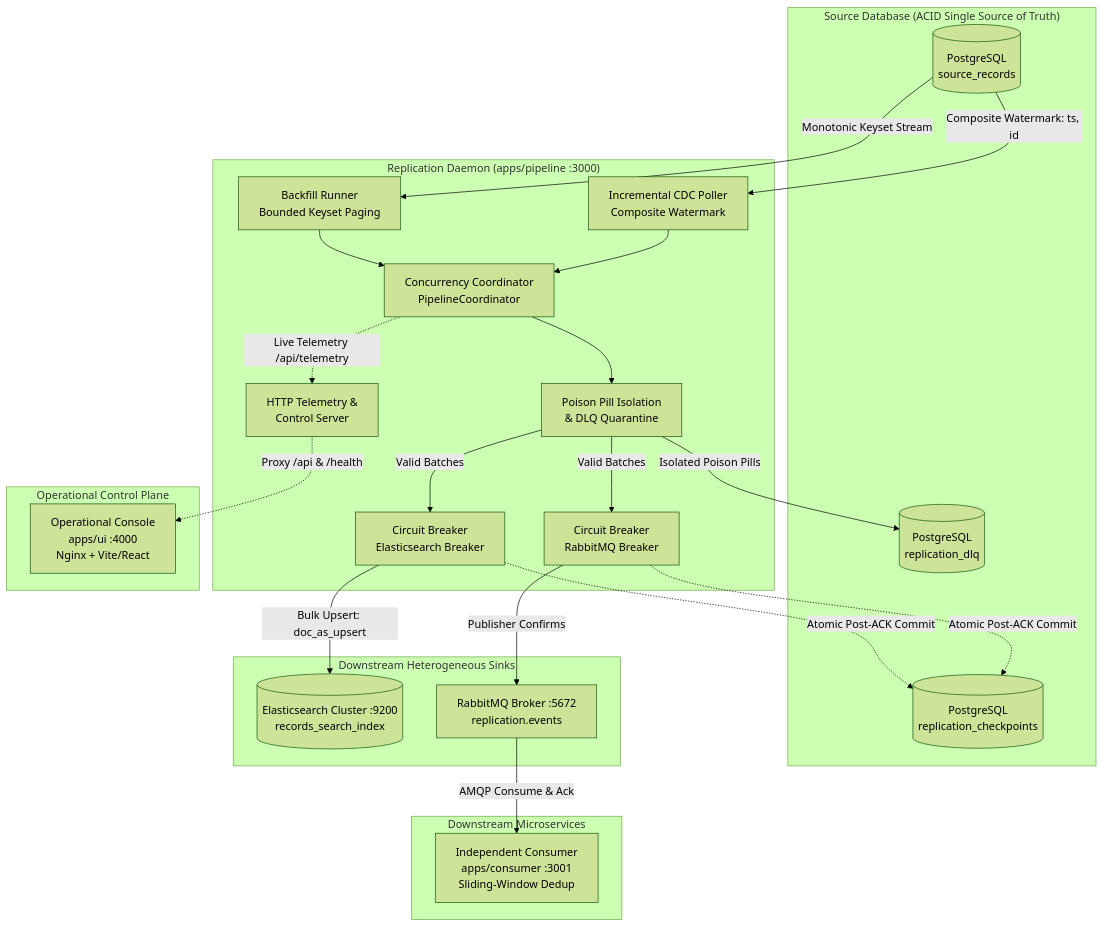
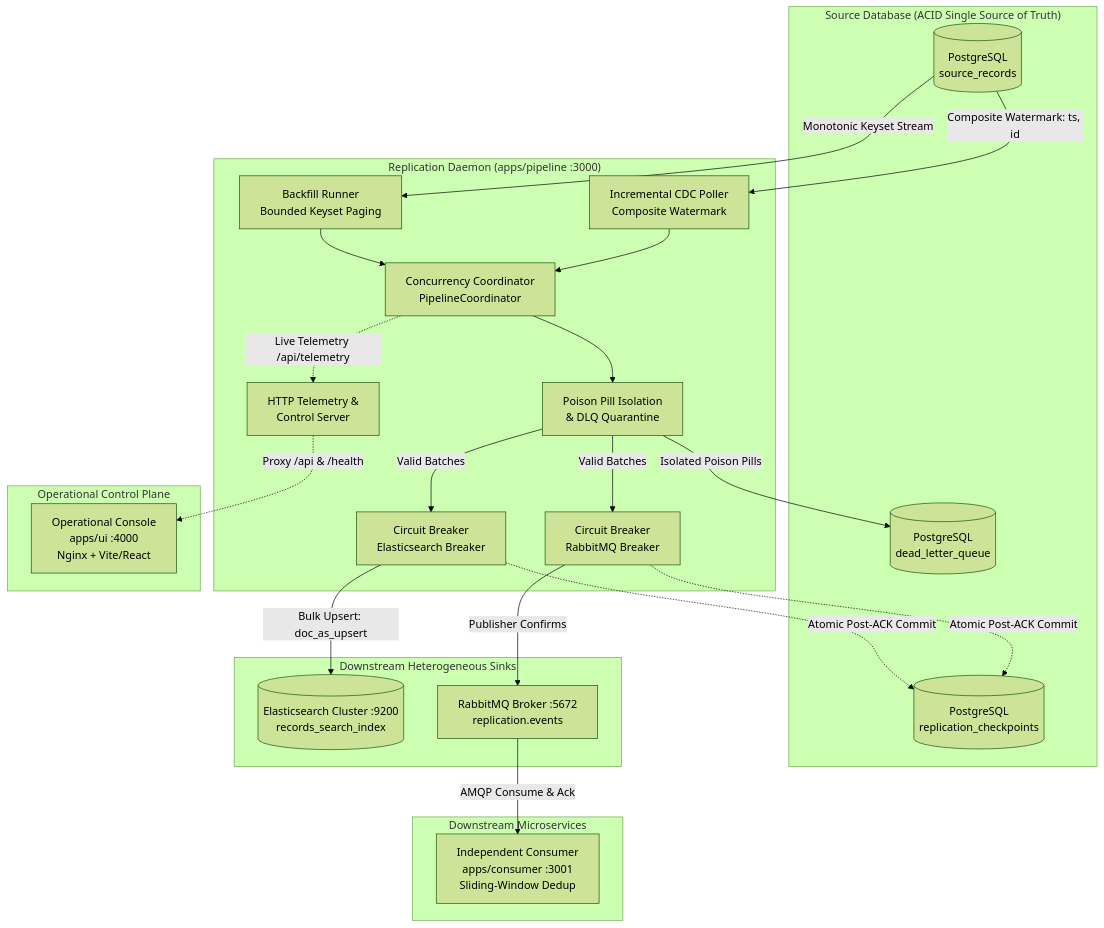
One commit to Giorgi2201/optio_test changed the diagram in SPEC.md. Above: the diagram before and after it, drawn with Mermaid (forest theme). The commit also changed other lines of this file and 1 other file, not shown here.

First line of the commit message:
docs: replace sample gate figures with measured 5/5 Codespaces run, add data-volume rationale, fix DLQ table name

````diff
--- a/SPEC.md
+++ b/SPEC.md
@@ -19,47 +19,47 @@
 ```mermaid
 flowchart TD
     subgraph Source["Source Database (ACID Single Source of Truth)"]
         PG[("PostgreSQL<br/>source_records")]
         CP[("PostgreSQL<br/>replication_checkpoints")]
-        DLQ[("PostgreSQL<br/>replication_dlq")]
+        DLQ[("PostgreSQL<br/>dead_letter_queue")]
     end
 
     subgraph PipelineDaemon["Replication Daemon (apps/pipeline :3000)"]
         COORD["Concurrency Coordinator<br/>PipelineCoordinator"]
         BF["Backfill Runner<br/>Bounded Keyset Paging"]
         INC["Incremental CDC Poller<br/>Composite Watermark"]
         CB_ES["Circuit Breaker<br/>Elasticsearch Breaker"]
         CB_RMQ["Circuit Breaker<br/>RabbitMQ Breaker"]
         VAL["Poison Pill Isolation<br/>&amp; DLQ Quarantine"]
         HTTP_API["HTTP Telemetry &amp;<br/>Control Server"]
     end
 
     subgraph DownstreamSinks["Downstream Heterogeneous Sinks"]
         ES[("Elasticsearch Cluster :9200<br/>records_search_index")]
         RMQ["RabbitMQ Broker :5672<br/>replication.events"]
     end
 
     subgraph Consumers["Downstream Microservices"]
         CONS["Independent Consumer<br/>apps/consumer :3001<br/>Sliding-Window Dedup"]
     end
 
     subgraph Observability["Operational Control Plane"]
         UI["Operational Console<br/>apps/ui :4000<br/>Nginx + Vite/React"]
     end
 
     PG -->|Monotonic Keyset Stream| BF
     PG -->|Composite Watermark: ts, id| INC
     BF --> COORD
     INC --> COORD
     COORD --> VAL
     VAL -->|Valid Batches| CB_ES
     VAL -->|Valid Batches| CB_RMQ
     VAL -->|Isolated Poison Pills| DLQ
     CB_ES -->|Bulk Upsert: doc_as_upsert| ES
     CB_RMQ -->|Publisher Confirms| RMQ
     RMQ -->|AMQP Consume &amp; Ack| CONS
     CB_ES -.->|Atomic Post-ACK Commit| CP
     CB_RMQ -.->|Atomic Post-ACK Commit| CP
     COORD -.->|Live Telemetry /api/telemetry| HTTP_API
     HTTP_API -.->|Proxy /api &amp; /health| UI
 ```
````
